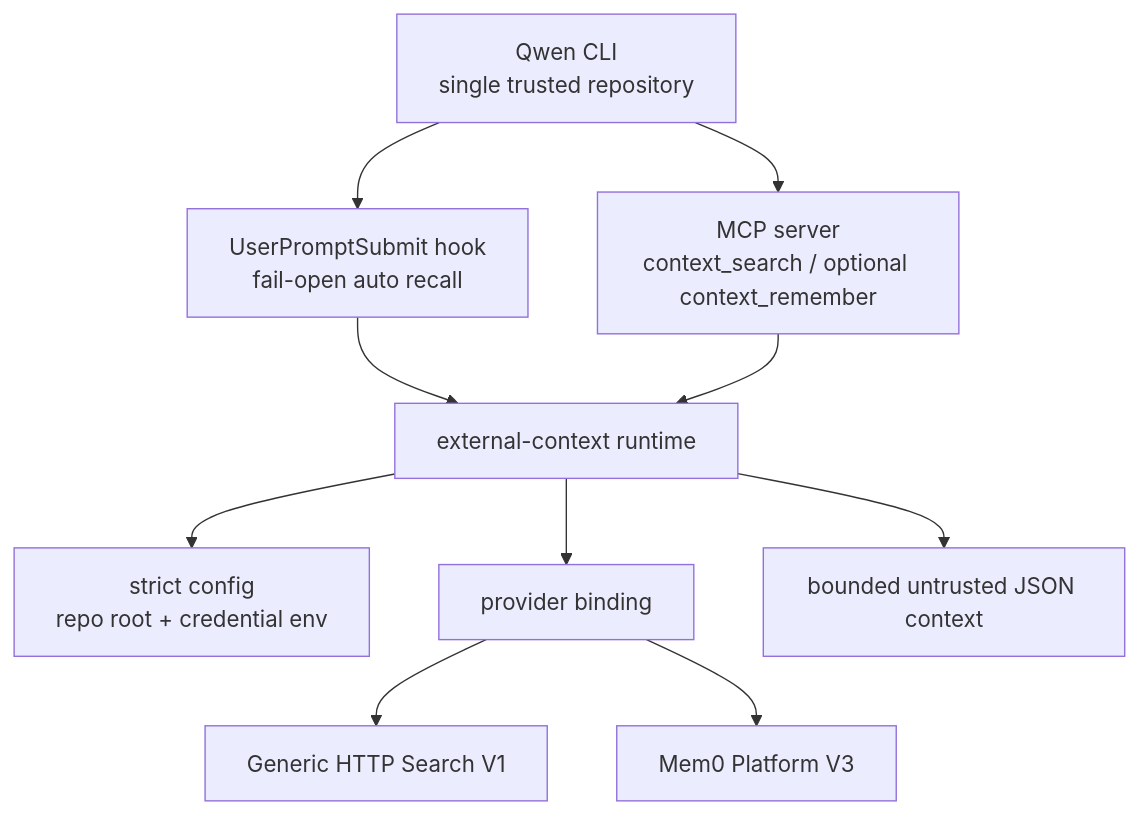
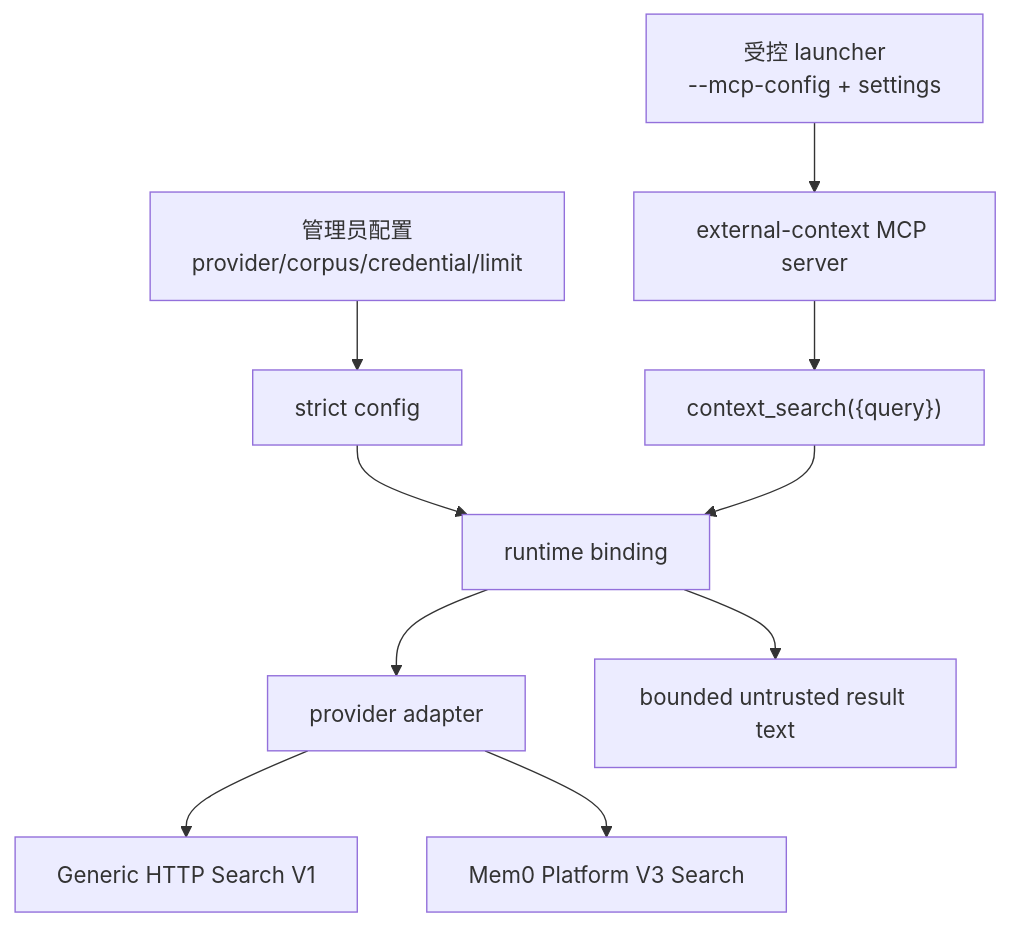
One commit to doudouOUC/code_agent changed the diagram in qwen-code/feature/external-context-provider.md. Above: the diagram before and after it, drawn with Mermaid. The commit also changed other lines of this file and 22 other files, not shown here.

````diff
--- a/qwen-code/feature/external-context-provider.md
+++ b/qwen-code/feature/external-context-provider.md
@@ -18,12 +18,12 @@
 ```mermaid
 flowchart TB
-  CLI["Qwen CLI<br/>single trusted repository"] --> Hook["UserPromptSubmit hook<br/>fail-open auto recall"]
-  CLI --> MCP["MCP server<br/>context_search / optional context_remember"]
-  Hook --> Runtime["external-context runtime"]
-  MCP --> Runtime
-  Runtime --> Config["strict config<br/>repo root + credential env"]
-  Runtime --> Provider["provider binding"]
+  Admin["管理员配置<br/>provider/corpus/credential/limit"] --> Config["strict config"]
+  Launcher["受控 launcher<br/>--mcp-config + settings"] --> MCP["external-context MCP server"]
+  Config --> Runtime["runtime binding"]
+  MCP --> Tool["context_search({query})"]
+  Tool --> Runtime
+  Runtime --> Provider["provider adapter"]
   Provider --> G["Generic HTTP Search V1"]
-  Provider --> M["Mem0 Platform V3"]
-  Runtime --> Render["bounded untrusted JSON context"]
+  Provider --> M["Mem0 Platform V3 Search"]
+  Runtime --> Render["bounded untrusted result text"]
 ```
````
